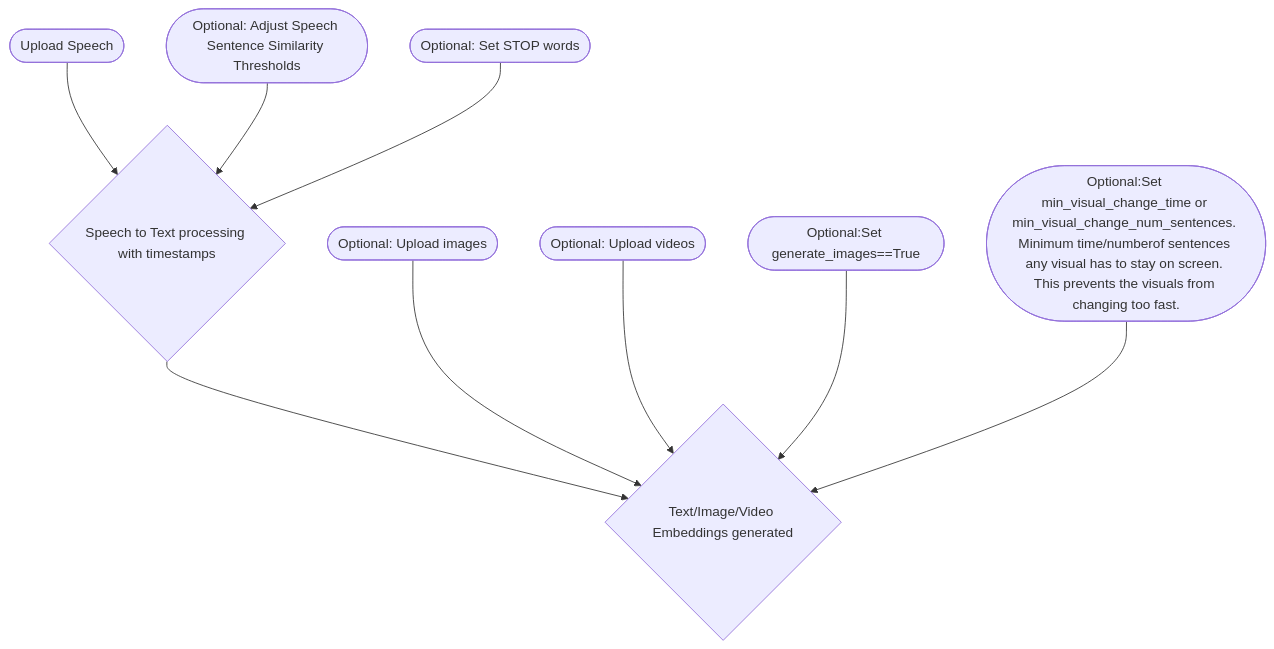
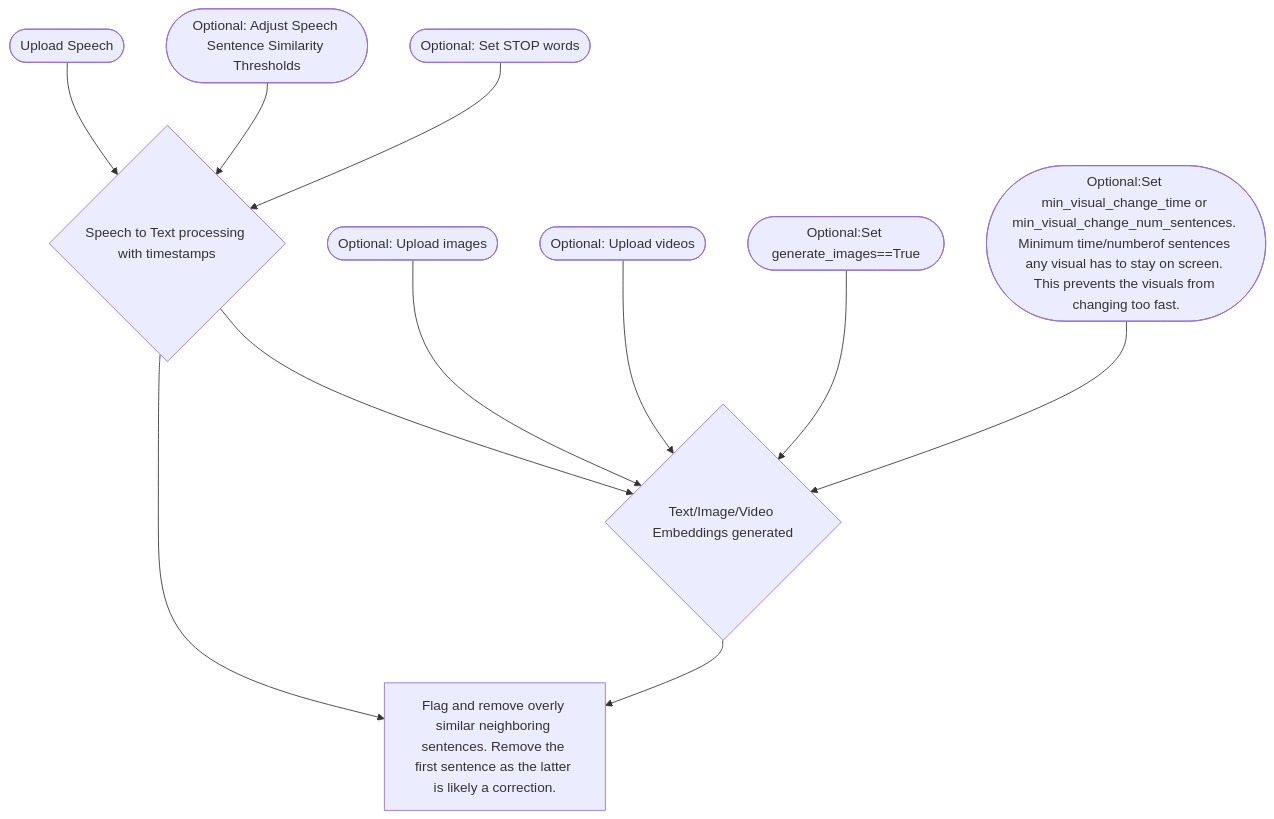
The diagram in README.md (GeorgeDavila/yappy-video-editor), drawn with Mermaid before and after one commit.

Commit message:
mermaid diagram editing

````diff
--- a/README.md
+++ b/README.md
@@ -9,13 +9,16 @@
 ```mermaid
 graph TD;
     A1(["Upload Speech"])-->B1{"Speech to Text processing with timestamps"};
     B1-->B2{"Text/Image/Video Embeddings generated"};
     A2(["Optional: Upload images"])-->B2;
     A3(["Optional: Upload videos"])-->B2;
+
+    B1-->C1["Flag and remove overly similar neighboring sentences. Remove the first sentence as the latter is likely a correction."]
+    B2-->C1;
     
     PARAM1(["Optional: Adjust Speech Sentence Similarity Thresholds"])-->B1;
     PARAM2(["Optional: Set STOP words"])-->B1;
     PARAM3(["Optional:Set generate_images==True"])-->B2;
     PARAM4(["Optional:Set min_visual_change_time or min_visual_change_num_sentences. Minimum time/numberof sentences any visual has to stay on screen. This prevents the visuals from changing too fast. "])-->B2;
 
 ```
````
